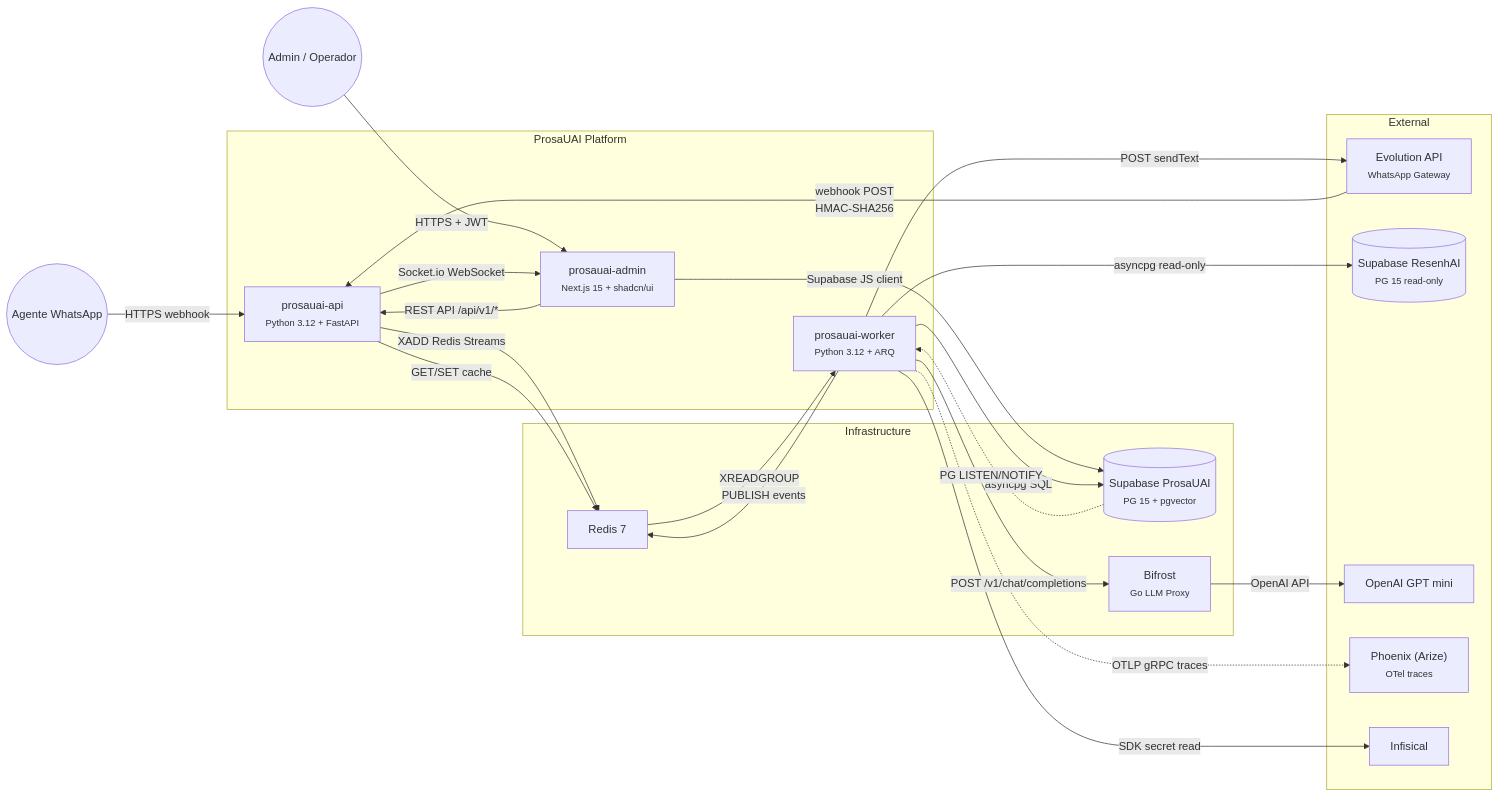
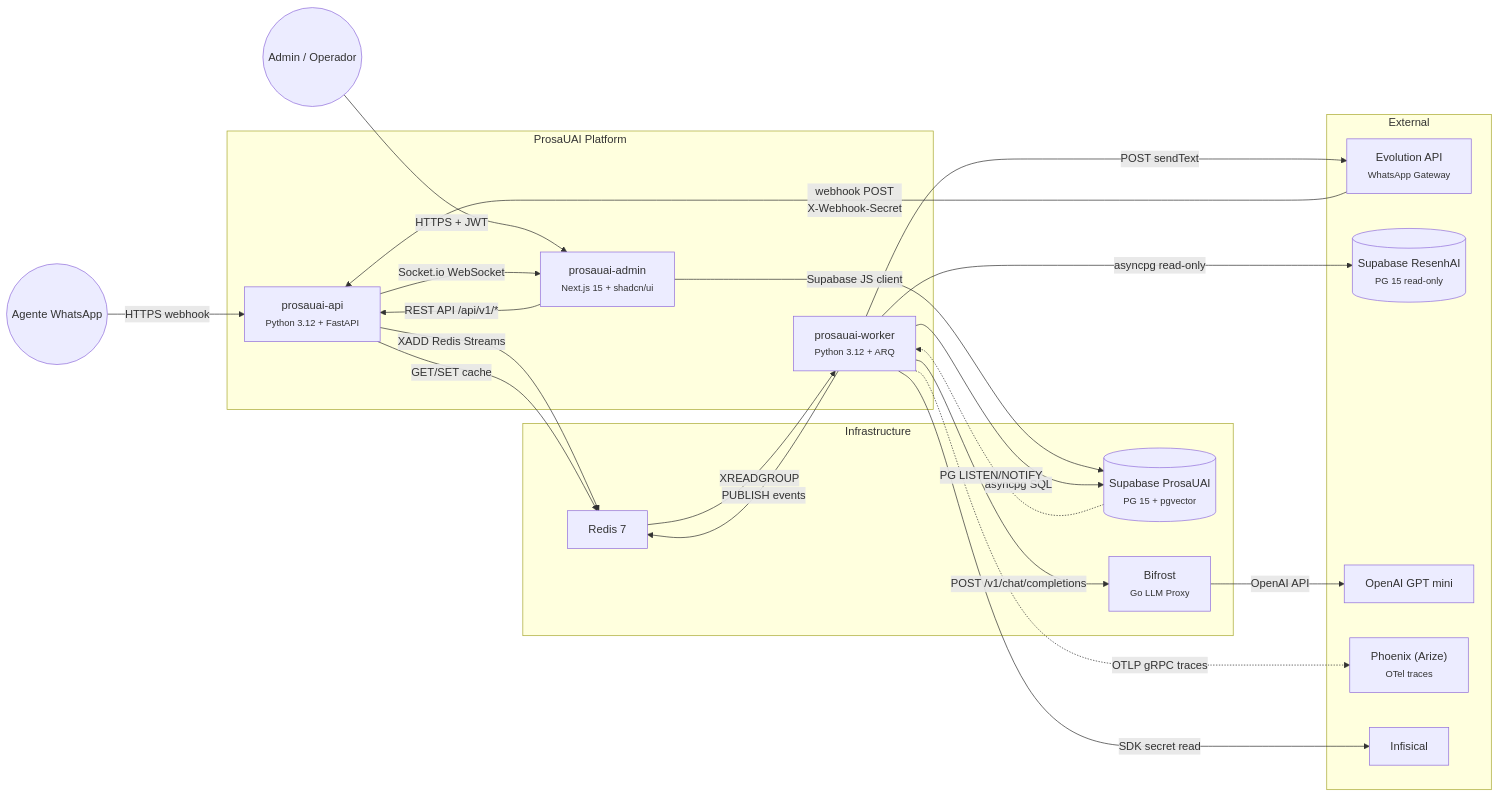
Before and after one commit to paceautomations/madruga.ai: the first of 4 diagrams in platforms/prosauai/engineering/blueprint.md, drawn with Mermaid. The commit also changed 42 other files, not shown here.

````diff
--- a/platforms/prosauai/engineering/blueprint.md
+++ b/platforms/prosauai/engineering/blueprint.md
@@ -39,57 +39,57 @@
 ```mermaid
 graph LR
     %% Actors
     agent(("Agente WhatsApp"))
     admin_user(("Admin / Operador"))
 
     %% Platform
     subgraph prosauai ["ProsaUAI Platform"]
         prosauai-api["prosauai-api<br/><small>Python 3.12 + FastAPI</small>"]
         prosauai-worker["prosauai-worker<br/><small>Python 3.12 + ARQ</small>"]
         prosauai-admin["prosauai-admin<br/><small>Next.js 15 + shadcn/ui</small>"]
     end
 
     %% Infrastructure
     subgraph infra ["Infrastructure"]
         redis["Redis 7"]
         supabase-prosauai[("Supabase ProsaUAI<br/><small>PG 15 + pgvector</small>")]
         bifrost["Bifrost<br/><small>Go LLM Proxy</small>"]
     end
 
     %% External Services
     subgraph external ["External"]
         evolution-api["Evolution API<br/><small>WhatsApp Gateway</small>"]
         supabase-resenhai[("Supabase ResenhAI<br/><small>PG 15 read-only</small>")]
         openai-gpt-mini["OpenAI GPT mini"]
         phoenix-ext["Phoenix (Arize)<br/><small>OTel traces</small>"]
         infisical["Infisical"]
     end
 
     %% Actor connections
     agent -- "HTTPS webhook" --> prosauai-api
     admin_user -- "HTTPS + JWT" --> prosauai-admin
-    evolution-api -- "webhook POST<br/>HMAC-SHA256" --> prosauai-api
+    evolution-api -- "webhook POST<br/>X-Webhook-Secret" --> prosauai-api
 
     %% Internal platform flows
     prosauai-api -- "XADD Redis Streams" --> redis
     prosauai-api -- "GET/SET cache" --> redis
     prosauai-api -- "Socket.io WebSocket" --> prosauai-admin
     prosauai-admin -- "REST API /api/v1/*" --> prosauai-api
     prosauai-admin -- "Supabase JS client" --> supabase-prosauai
     redis -- "XREADGROUP" --> prosauai-worker
     prosauai-worker -- "PUBLISH events" --> redis
 
     %% Worker → Infrastructure
     prosauai-worker -- "asyncpg SQL" --> supabase-prosauai
     supabase-prosauai -. "PG LISTEN/NOTIFY" .-> prosauai-worker
     prosauai-worker -- "POST /v1/chat/completions" --> bifrost
 
     %% Worker → External
     prosauai-worker -- "POST sendText" --> evolution-api
     prosauai-worker -- "asyncpg read-only" --> supabase-resenhai
     prosauai-worker -. "OTLP gRPC traces" .-> phoenix-ext
     prosauai-worker -- "SDK secret read" --> infisical
 
     %% Bifrost → LLMs
     bifrost -- "OpenAI API" --> openai-gpt-mini
 ```
````
